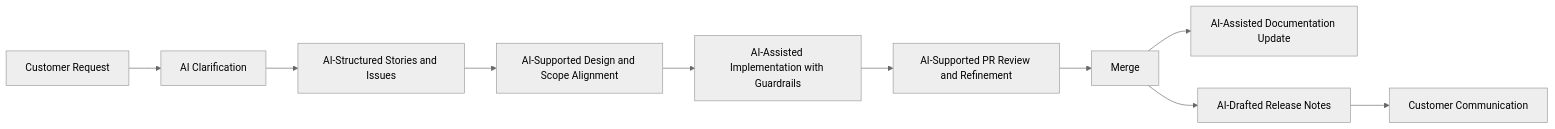
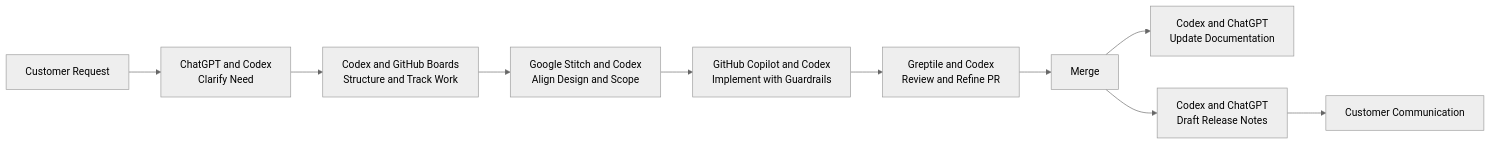
One commit to refat-asadullah-creolytix-dev/refat-asadullah-creolytix-dev changed diagram 12 of 13 in creolytix-ai-delivery-model-github-safe.md. Above: the diagram before and after it, drawn with Mermaid (neutral theme). The commit also changed other lines of this file, not shown here.

````diff
--- a/creolytix-ai-delivery-model-github-safe.md
+++ b/creolytix-ai-delivery-model-github-safe.md
@@ -375,12 +377,12 @@
 ```mermaid
 flowchart LR
-    A[Customer Request] --> B[AI Clarification]
-    B --> C[AI-Structured Stories and Issues]
-    C --> D[AI-Supported Design and Scope Alignment]
-    D --> E[AI-Assisted Implementation with Guardrails]
-    E --> F[AI-Supported PR Review and Refinement]
+    A[Customer Request] --> B[ChatGPT and Codex<br/>Clarify Need]
+    B --> C[Codex and GitHub Boards<br/>Structure and Track Work]
+    C --> D[Google Stitch and Codex<br/>Align Design and Scope]
+    D --> E[GitHub Copilot and Codex<br/>Implement with Guardrails]
+    E --> F[Greptile and Codex<br/>Review and Refine PR]
     F --> G[Merge]
-    G --> H[AI-Assisted Documentation Update]
-    G --> I[AI-Drafted Release Notes]
+    G --> H[Codex and ChatGPT<br/>Update Documentation]
+    G --> I[Codex and ChatGPT<br/>Draft Release Notes]
     I --> J[Customer Communication]
 ```
````
